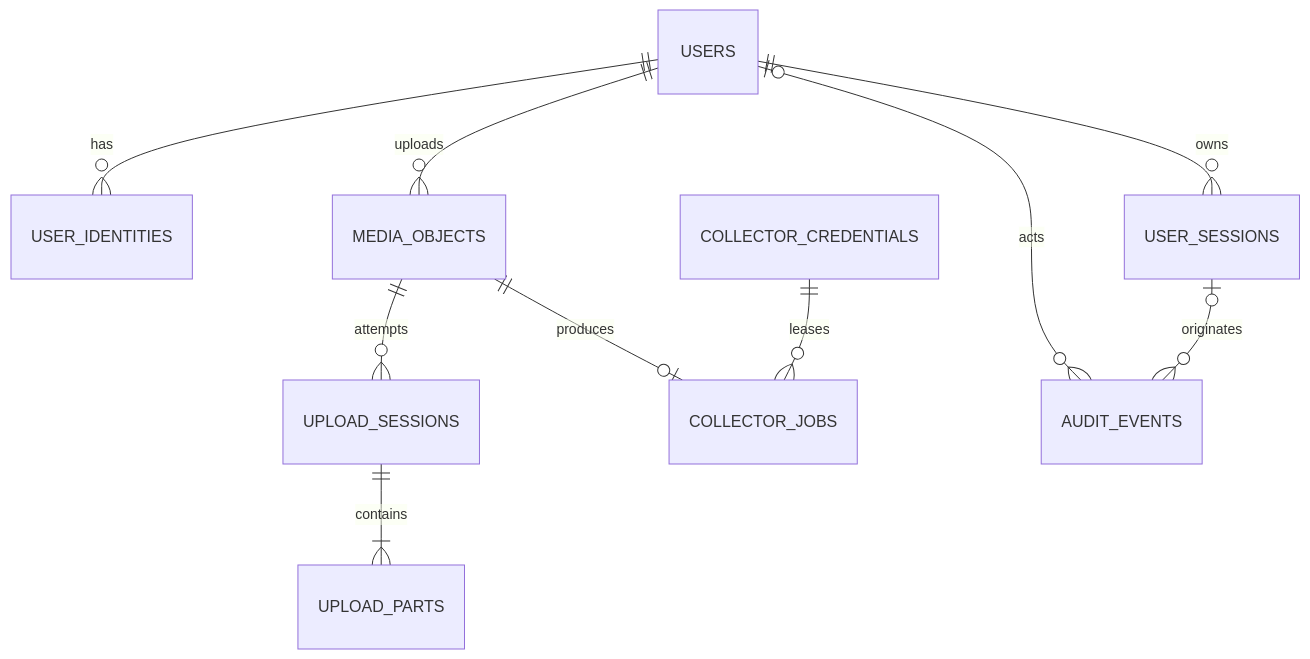
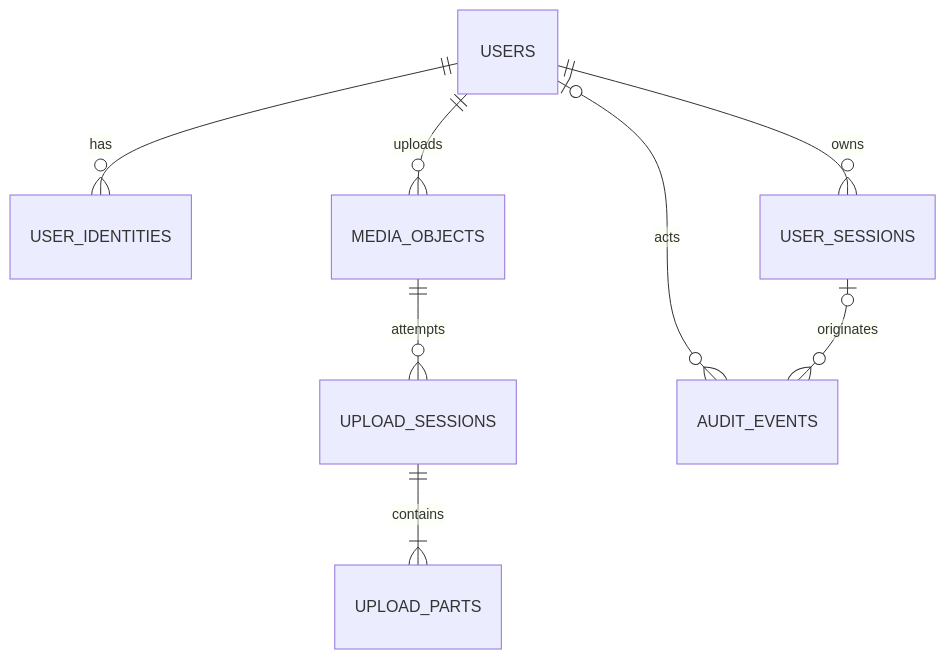
The diagram in docs/database/media-upload-database.md (knighterrantsky/wxmp), drawn with Mermaid before and after one commit. The commit also changed other lines of this file and 2 other files, not shown here.

Commit message:
docs: remove collector from initial scope

````diff
--- a/docs/database/media-upload-database.md
+++ b/docs/database/media-upload-database.md
@@ -94,12 +79,10 @@
 ```mermaid
 erDiagram
     USERS ||--o{ USER_IDENTITIES : has
     USERS ||--o{ USER_SESSIONS : owns
     USERS ||--o{ MEDIA_OBJECTS : uploads
     MEDIA_OBJECTS ||--o{ UPLOAD_SESSIONS : attempts
     UPLOAD_SESSIONS ||--|{ UPLOAD_PARTS : contains
-    MEDIA_OBJECTS ||--o| COLLECTOR_JOBS : produces
-    COLLECTOR_CREDENTIALS ||--o{ COLLECTOR_JOBS : leases
     USERS o|--o{ AUDIT_EVENTS : acts
     USER_SESSIONS o|--o{ AUDIT_EVENTS : originates
 ```
````
